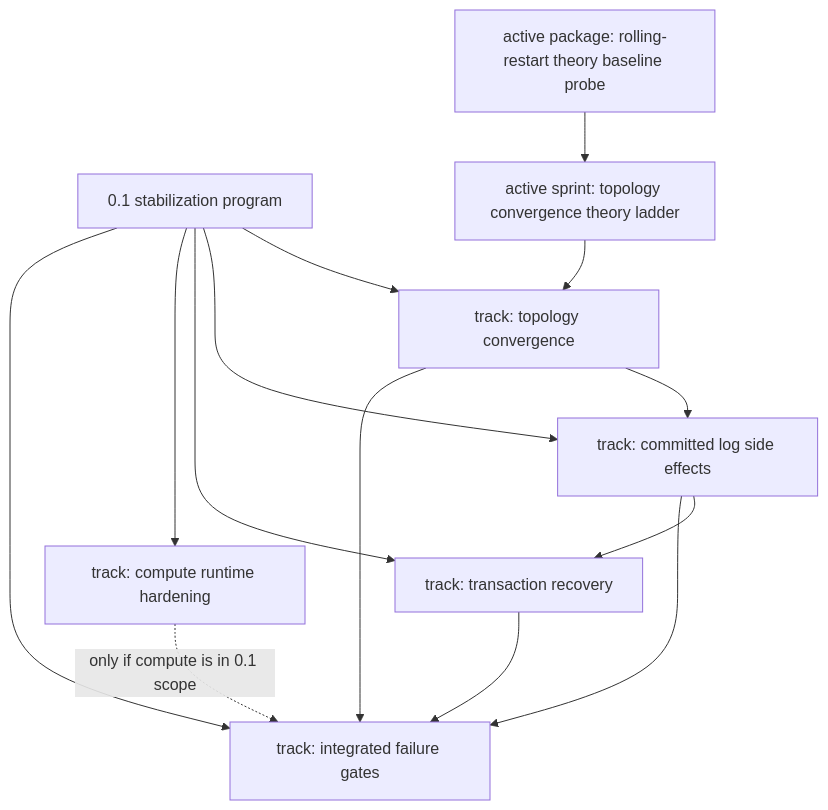
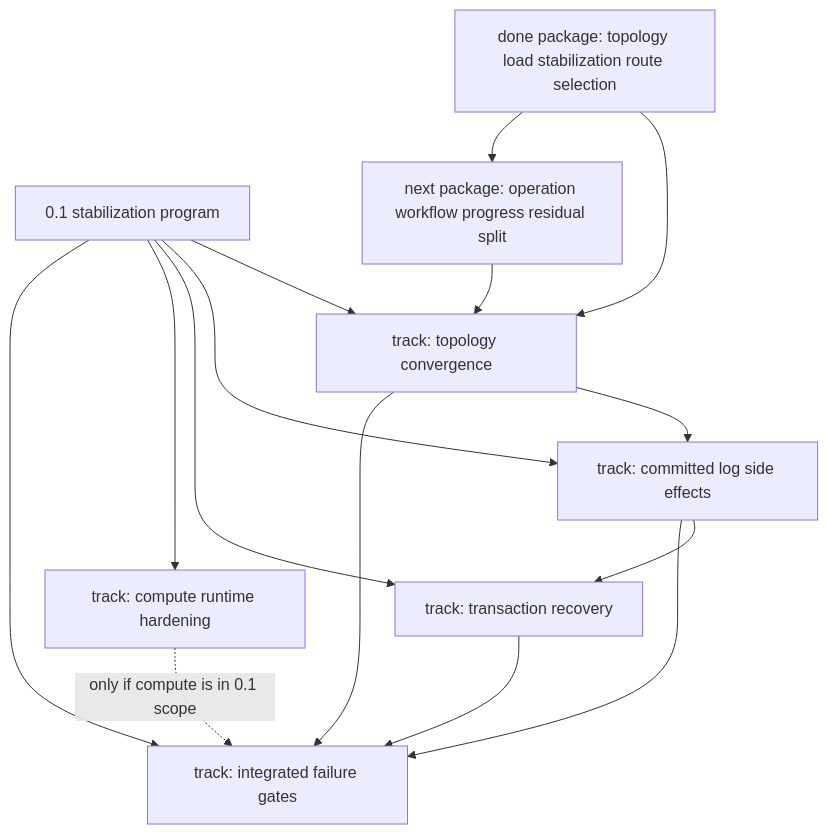
The diagram in work/releases/0.1-dependency-map.md (psvensson/lagrange), drawn with Mermaid before and after one commit. The commit also changed other lines of this file and 2 other files, not shown here.

Commit message:
Close topology load stabilization route selection

````diff
--- a/work/releases/0.1-dependency-map.md
+++ b/work/releases/0.1-dependency-map.md
@@ -40,27 +43,28 @@
 ```mermaid
 flowchart TD
   release["0.1 stabilization program"]
   topo["track: topology convergence"]
   sidefx["track: committed log side effects"]
   tx["track: transaction recovery"]
   compute["track: compute runtime hardening"]
   gates["track: integrated failure gates"]
-  sprint["active sprint: topology convergence theory ladder"]
-  package["active package: rolling-restart theory baseline probe"]
+  route["done package: topology load stabilization route selection"]
+  successor["next package: operation workflow progress residual split"]
 
   release --> topo
   release --> sidefx
   release --> tx
   release --> compute
   release --> gates
 
-  sprint --> topo
-  package --> sprint
+  route --> topo
+  route --> successor
+  successor --> topo
 
   topo --> sidefx
   sidefx --> tx
   topo --> gates
   sidefx --> gates
   tx --> gates
   compute -. "only if compute is in 0.1 scope" .-> gates
 ```
````
